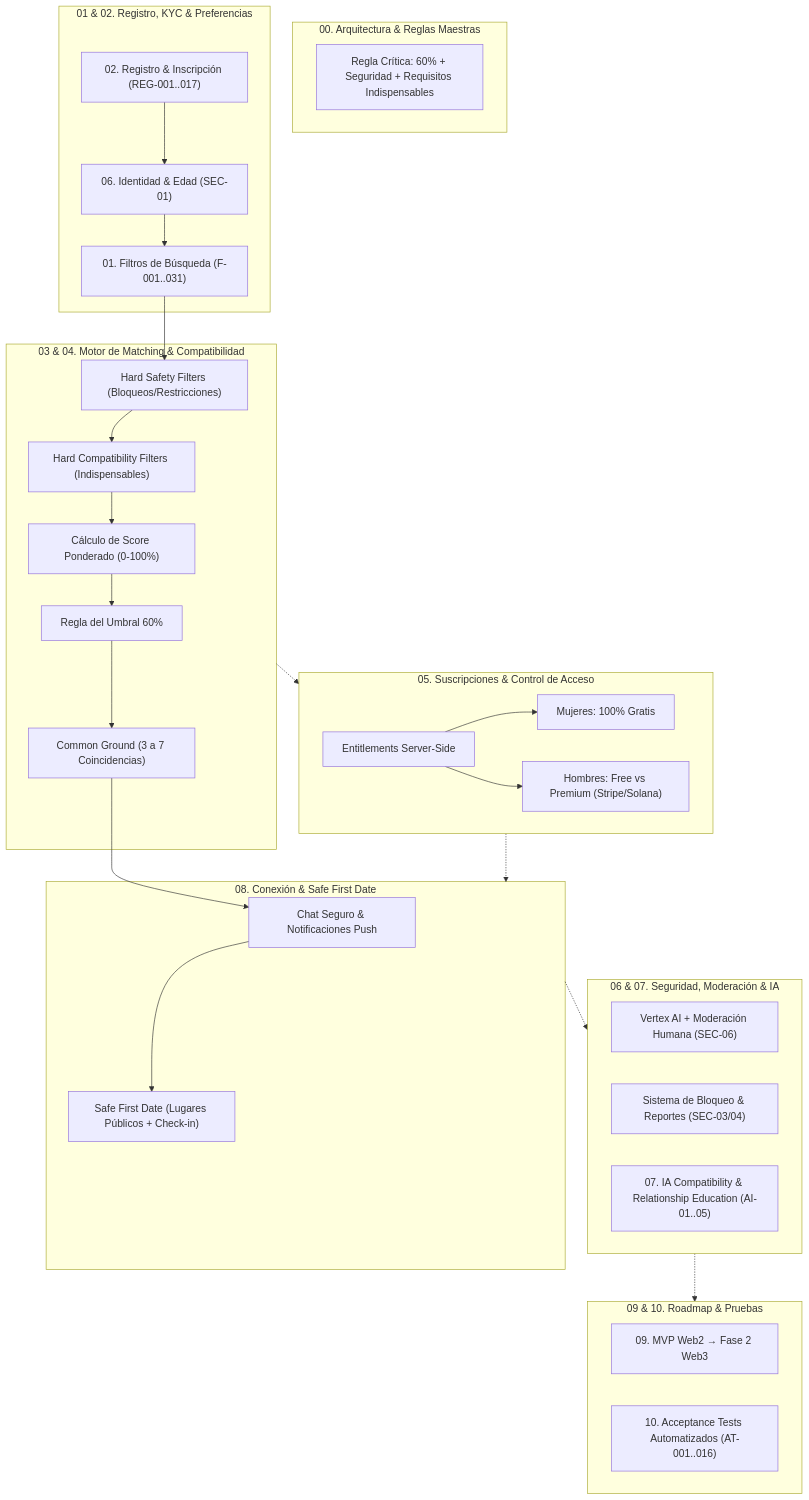
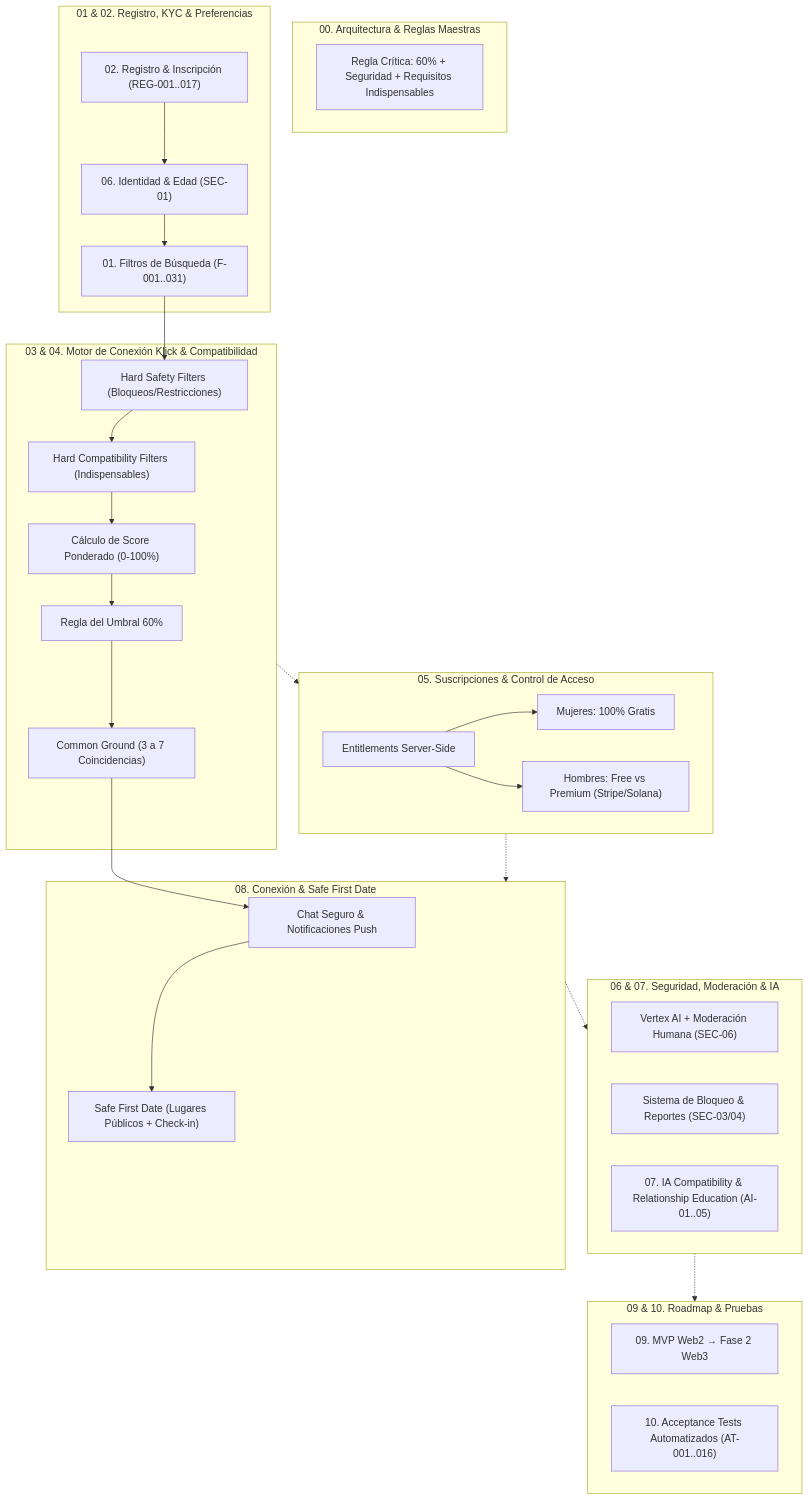
One commit to klick-dating-app/klick-land changed the first of 5 diagrams in docs/03_DIAGRAMA_DE_FUNCIONES_Y_ARQUITECTURA.md. Above: the diagram before and after it, drawn with Mermaid. The commit also changed other lines of this file and 35 other files, not shown here.

Commit message:
feat(branding): replace generic matching copy with Klick branding, update logo assets and verified clean build

````diff
--- a/docs/03_DIAGRAMA_DE_FUNCIONES_Y_ARQUITECTURA.md
+++ b/docs/03_DIAGRAMA_DE_FUNCIONES_Y_ARQUITECTURA.md
@@ -9,53 +9,53 @@
 ```mermaid
 flowchart TD
     subgraph M00["00. Arquitectura & Reglas Maestras"]
         CoreRule["Regla Crítica: 60% + Seguridad + Requisitos Indispensables"]
     end
 
     subgraph M01["01 & 02. Registro, KYC & Preferencias"]
         REG["02. Registro & Inscripción (REG-001..017)"]
         KYC["06. Identidad & Edad (SEC-01)"]
         FILT["01. Filtros de Búsqueda (F-001..031)"]
         REG --> KYC --> FILT
     end
 
-    subgraph M03["03 & 04. Motor de Matching & Compatibilidad"]
+    subgraph M03["03 & 04. Motor de Conexión Klick & Compatibilidad"]
         GATE1["Hard Safety Filters (Bloqueos/Restricciones)"]
         GATE2["Hard Compatibility Filters (Indispensables)"]
         SCORE["Cálculo de Score Ponderado (0-100%)"]
         GATE60["Regla del Umbral 60%"]
         CG["Common Ground (3 a 7 Coincidencias)"]
         
         FILT --> GATE1 --> GATE2 --> SCORE --> GATE60 --> CG
     end
 
     subgraph M05["05. Suscripciones & Control de Acceso"]
         Entitlements["Entitlements Server-Side"]
         WomenFree["Mujeres: 100% Gratis"]
         MenTiers["Hombres: Free vs Premium (Stripe/Solana)"]
         Entitlements --> WomenFree
         Entitlements --> MenTiers
     end
 
     subgraph M08["08. Conexión & Safe First Date"]
         ChatModule["Chat Seguro & Notificaciones Push"]
         DatePlan["Safe First Date (Lugares Públicos + Check-in)"]
         CG --> ChatModule --> DatePlan
     end
 
     subgraph M06_07["06 & 07. Seguridad, Moderación & IA"]
         Moderation["Vertex AI + Moderación Humana (SEC-06)"]
         BlockReport["Sistema de Bloqueo & Reportes (SEC-03/04)"]
         AICoach["07. IA Compatibility & Relationship Education (AI-01..05)"]
     end
 
     subgraph M09_10["09 & 10. Roadmap & Pruebas"]
         MVP["09. MVP Web2 → Fase 2 Web3"]
         Tests["10. Acceptance Tests Automatizados (AT-001..016)"]
     end
 
     M03 -.-> M05
     M05 -.-> M08
     M08 -.-> M06_07
     M06_07 -.-> M09_10
 ```
````
